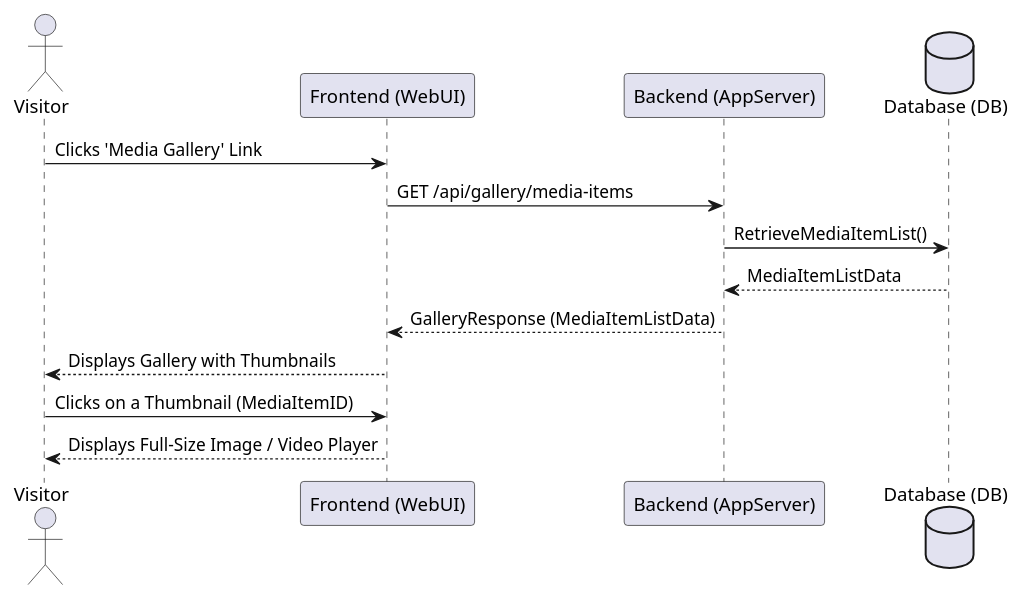
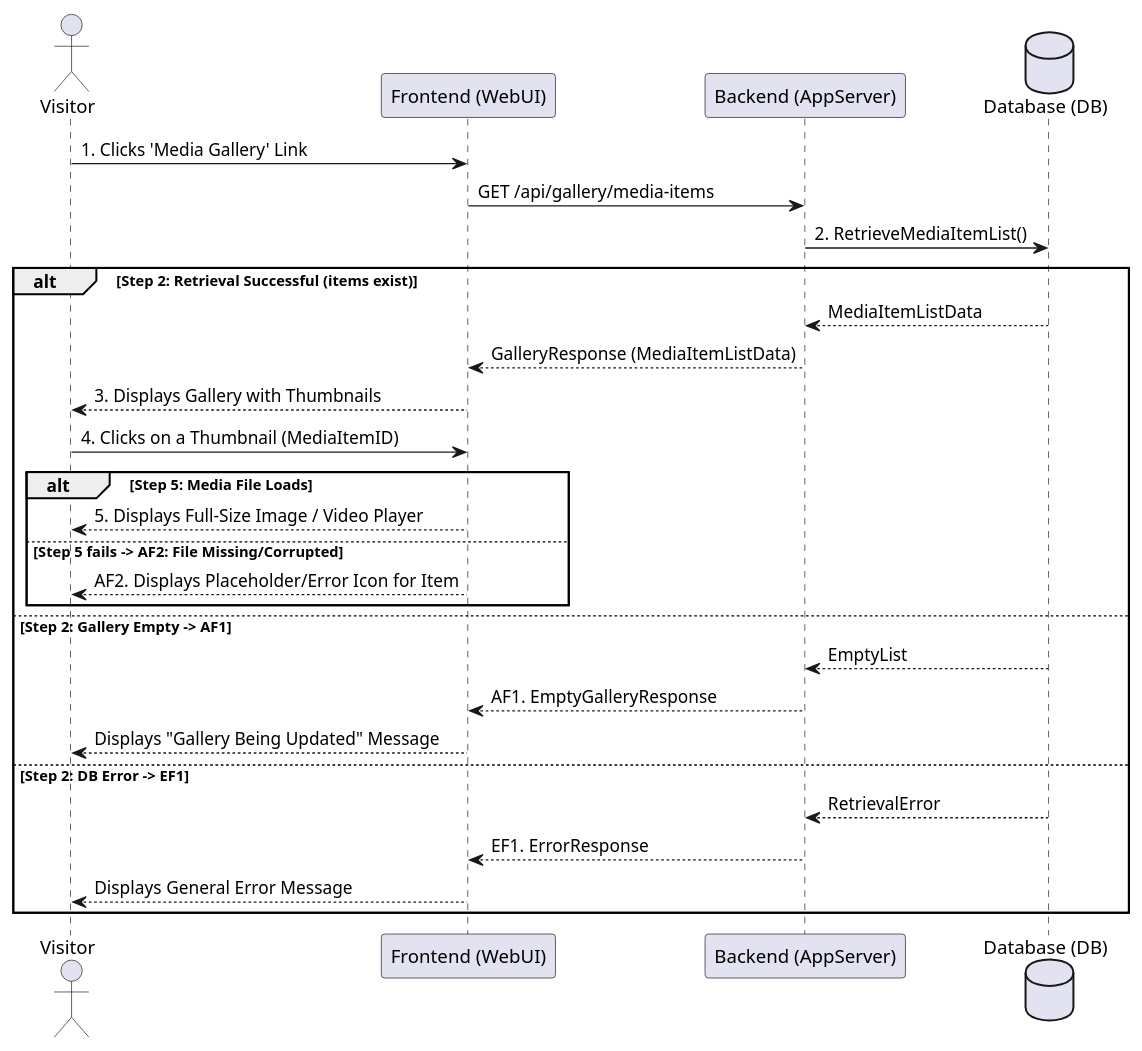
Before and after one commit to 7azmi/Al-Muneer-Portal: the sixth of 36 diagrams in Academic version/appendix: SRS.md, drawn with PlantUML. The commit also changed other lines of this file and 10 other files, not shown here.

````diff
--- a/Academic version/appendix: SRS.md
+++ b/Academic version/appendix: SRS.md
@@ -498,17 +512,31 @@
 ```plantuml
 @startuml
 actor Visitor
 participant "Frontend (WebUI)" as UI
 participant "Backend (AppServer)" as App
 database "Database (DB)" as DB
 
-Visitor -> UI : Clicks 'Media Gallery' Link
+Visitor -> UI : 1. Clicks 'Media Gallery' Link
 UI -> App : GET /api/gallery/media-items
-App -> DB : RetrieveMediaItemList()
-DB --> App : MediaItemListData
-App --> UI : GalleryResponse (MediaItemListData)
-UI --> Visitor : Displays Gallery with Thumbnails
-Visitor -> UI : Clicks on a Thumbnail (MediaItemID)
-UI --> Visitor : Displays Full-Size Image / Video Player
+App -> DB : 2. RetrieveMediaItemList()
+alt Step 2: Retrieval Successful (items exist)
+    DB --> App : MediaItemListData
+    App --> UI : GalleryResponse (MediaItemListData)
+    UI --> Visitor : 3. Displays Gallery with Thumbnails
+    Visitor -> UI : 4. Clicks on a Thumbnail (MediaItemID)
+    alt Step 5: Media File Loads
+        UI --> Visitor : 5. Displays Full-Size Image / Video Player
+    else Step 5 fails -> AF2: File Missing/Corrupted
+        UI --> Visitor : AF2. Displays Placeholder/Error Icon for Item
+    end
+else Step 2: Gallery Empty -> AF1
+    DB --> App : EmptyList
+    App --> UI : AF1. EmptyGalleryResponse
+    UI --> Visitor : Displays "Gallery Being Updated" Message
+else Step 2: DB Error -> EF1
+    DB --> App : RetrievalError
+    App --> UI : EF1. ErrorResponse
+    UI --> Visitor : Displays General Error Message
+end
 @enduml
 ```
````
